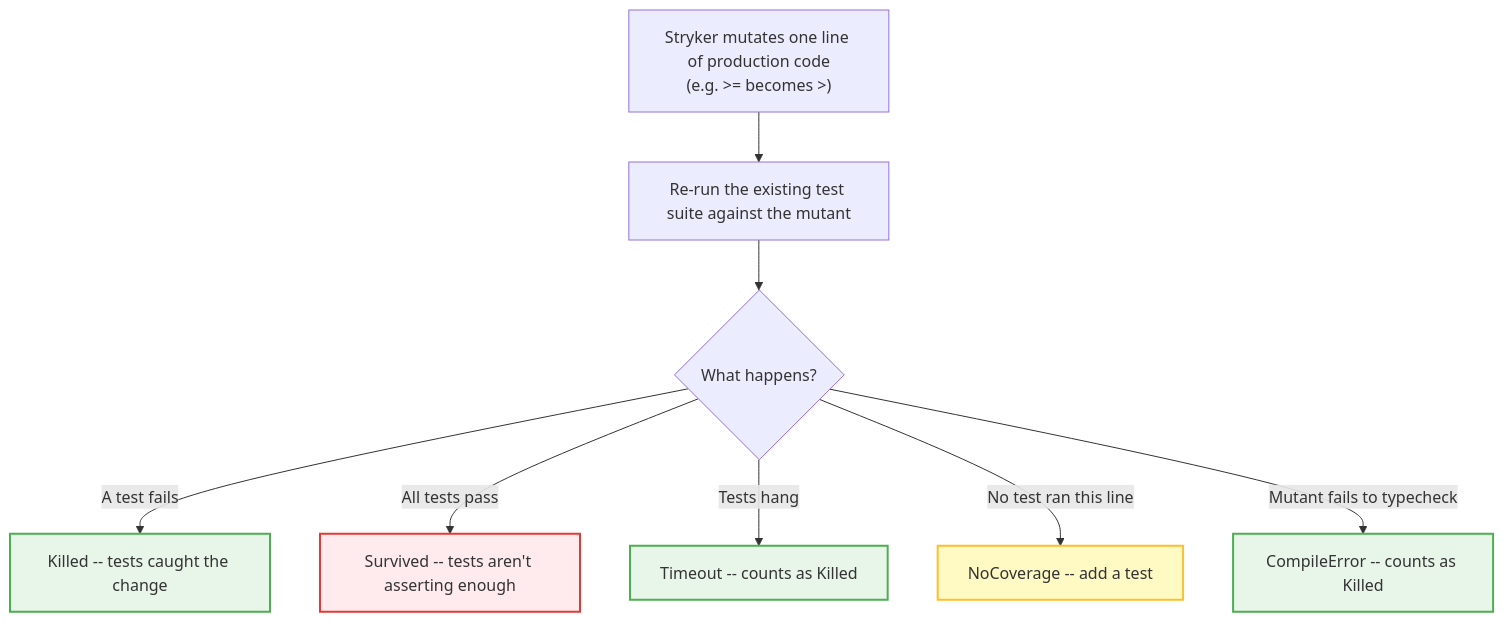
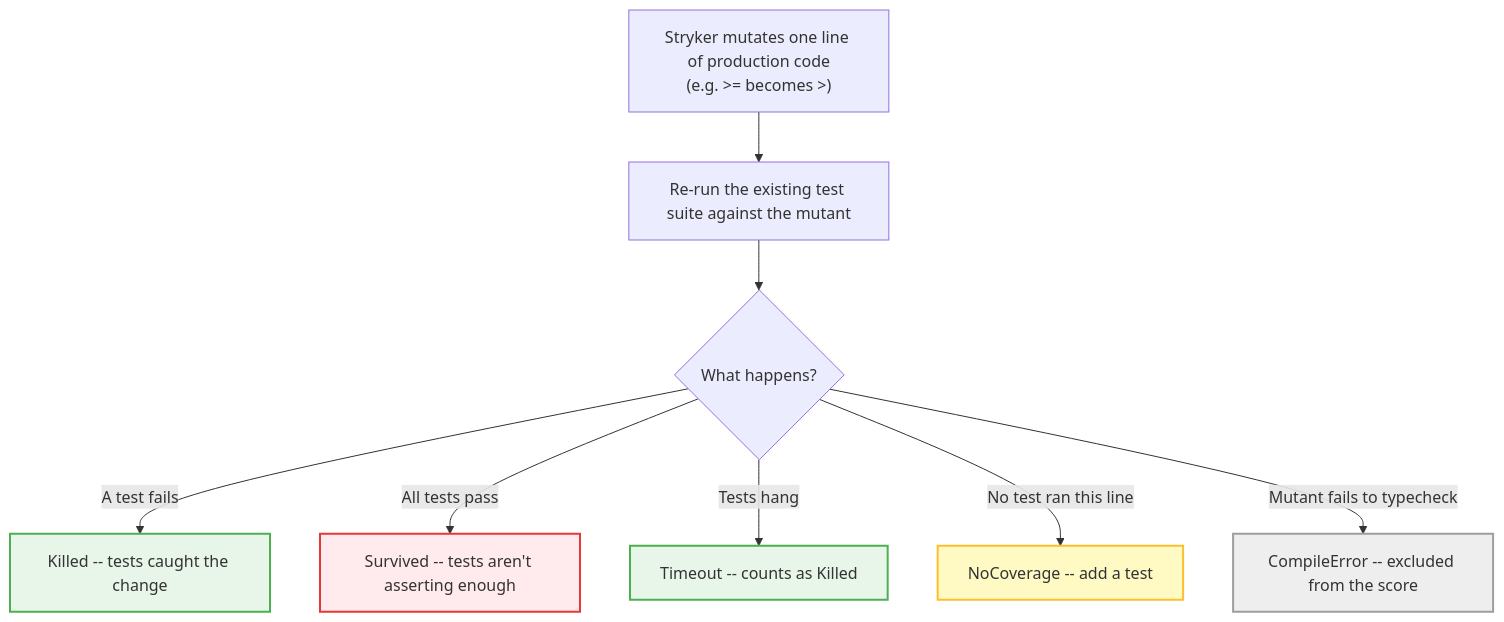
Before and after one commit to SaiHarsha502vvit/Daily-Prep: the diagram in 21_SDET_Playwright_Automation/07_Specialised_Testing/53_Mutation_Testing_With_Stryker.md, drawn with Mermaid. The commit also changed other lines of this file, not shown here.

First line of the commit message:
docs(sdet): Ch53 Stryker verified on 10.0.0 — config keys, score formula, CompileError excluded, no defineConfig, command-runner note; diagram explained

````diff
--- a/21_SDET_Playwright_Automation/07_Specialised_Testing/53_Mutation_Testing_With_Stryker.md
+++ b/21_SDET_Playwright_Automation/07_Specialised_Testing/53_Mutation_Testing_With_Stryker.md
@@ -118,16 +123,16 @@
 ```mermaid
 flowchart TD
     A["Stryker mutates one line of production code<br/>(e.g. &gt;= becomes &gt;)"] --> B["Re-run the existing test suite against the mutant"]
     B --> C{What happens?}
     C -->|A test fails| Killed["Killed -- tests caught the change"]
     C -->|All tests pass| Survived["Survived -- tests aren't asserting enough"]
     C -->|Tests hang| Timeout["Timeout -- counts as Killed"]
     C -->|No test ran this line| NoCov["NoCoverage -- add a test"]
-    C -->|Mutant fails to typecheck| Compile["CompileError -- counts as Killed"]
+    C -->|Mutant fails to typecheck| Compile["CompileError -- excluded from the score"]
 
     style Killed fill:#e8f5e9,stroke:#4caf50,stroke-width:2px
     style Timeout fill:#e8f5e9,stroke:#4caf50,stroke-width:2px
-    style Compile fill:#e8f5e9,stroke:#4caf50,stroke-width:2px
+    style Compile fill:#eeeeee,stroke:#9e9e9e,stroke-width:2px
     style Survived fill:#ffebee,stroke:#e53935,stroke-width:2px
     style NoCov fill:#fff9c4,stroke:#fbc02d,stroke-width:2px
 ```
````
